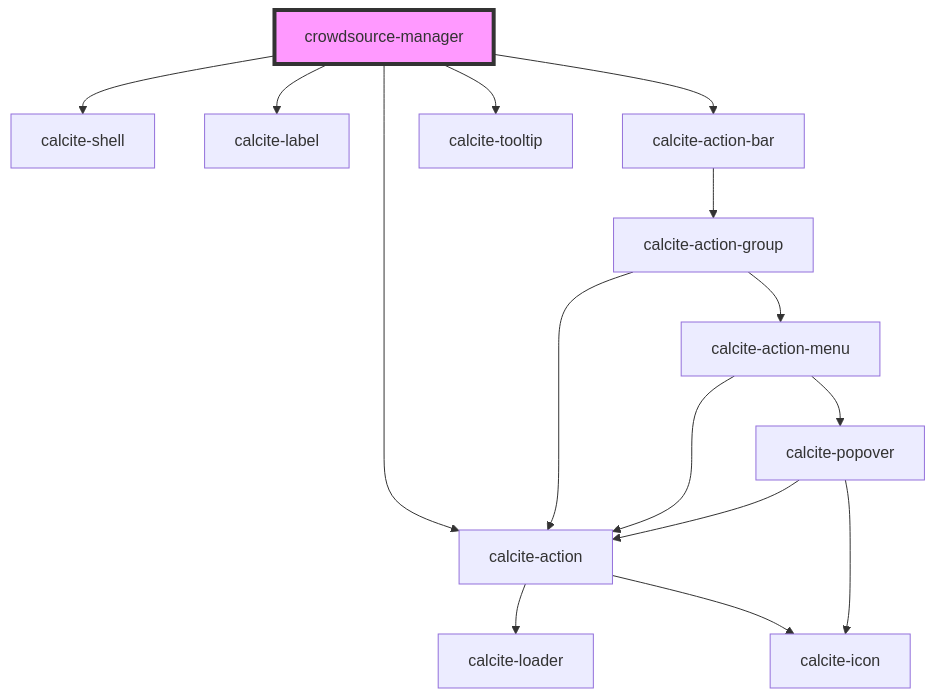
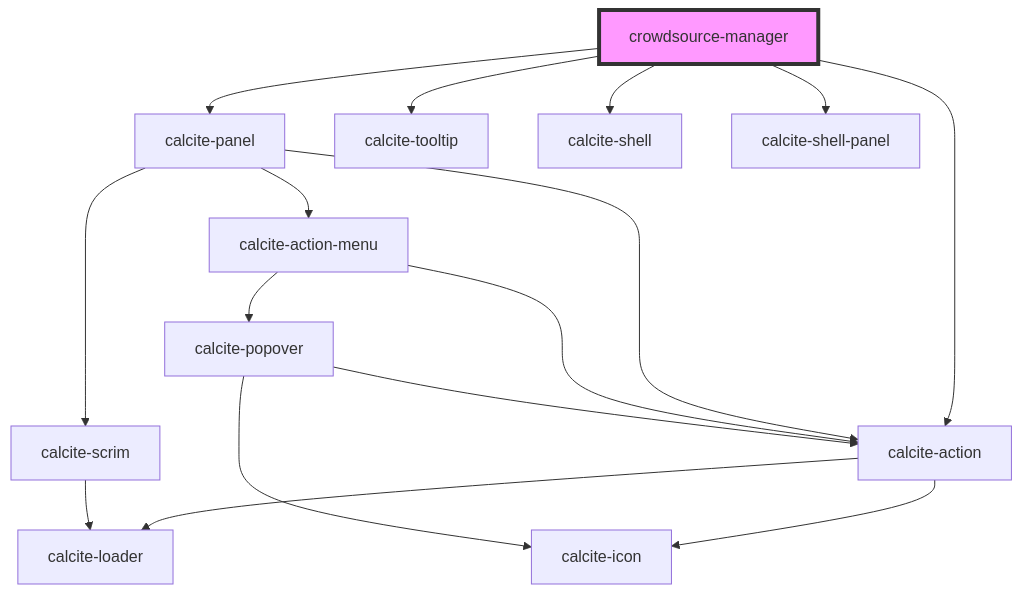
The diagram in src/components/crowdsource-manager/readme.md (Esri/solutions-components), drawn with Mermaid before and after one commit. The commit also changed other lines of this file and 4 other files, not shown here.

````diff
--- a/src/components/crowdsource-manager/readme.md
+++ b/src/components/crowdsource-manager/readme.md
@@ -19,18 +19,19 @@
 ```mermaid
 graph TD;
-  crowdsource-manager --> calcite-shell
-  crowdsource-manager --> calcite-label
-  crowdsource-manager --> calcite-action-bar
+  crowdsource-manager --> calcite-panel
   crowdsource-manager --> calcite-action
   crowdsource-manager --> calcite-tooltip
-  calcite-action-bar --> calcite-action-group
-  calcite-action-group --> calcite-action-menu
-  calcite-action-group --> calcite-action
+  crowdsource-manager --> calcite-shell
+  crowdsource-manager --> calcite-shell-panel
+  calcite-panel --> calcite-action
+  calcite-panel --> calcite-action-menu
+  calcite-panel --> calcite-scrim
+  calcite-action --> calcite-loader
+  calcite-action --> calcite-icon
   calcite-action-menu --> calcite-action
   calcite-action-menu --> calcite-popover
-  calcite-action --> calcite-loader
-  calcite-action --> calcite-icon
   calcite-popover --> calcite-action
   calcite-popover --> calcite-icon
+  calcite-scrim --> calcite-loader
   style crowdsource-manager fill:#f9f,stroke:#333,stroke-width:4px
 ```
````
